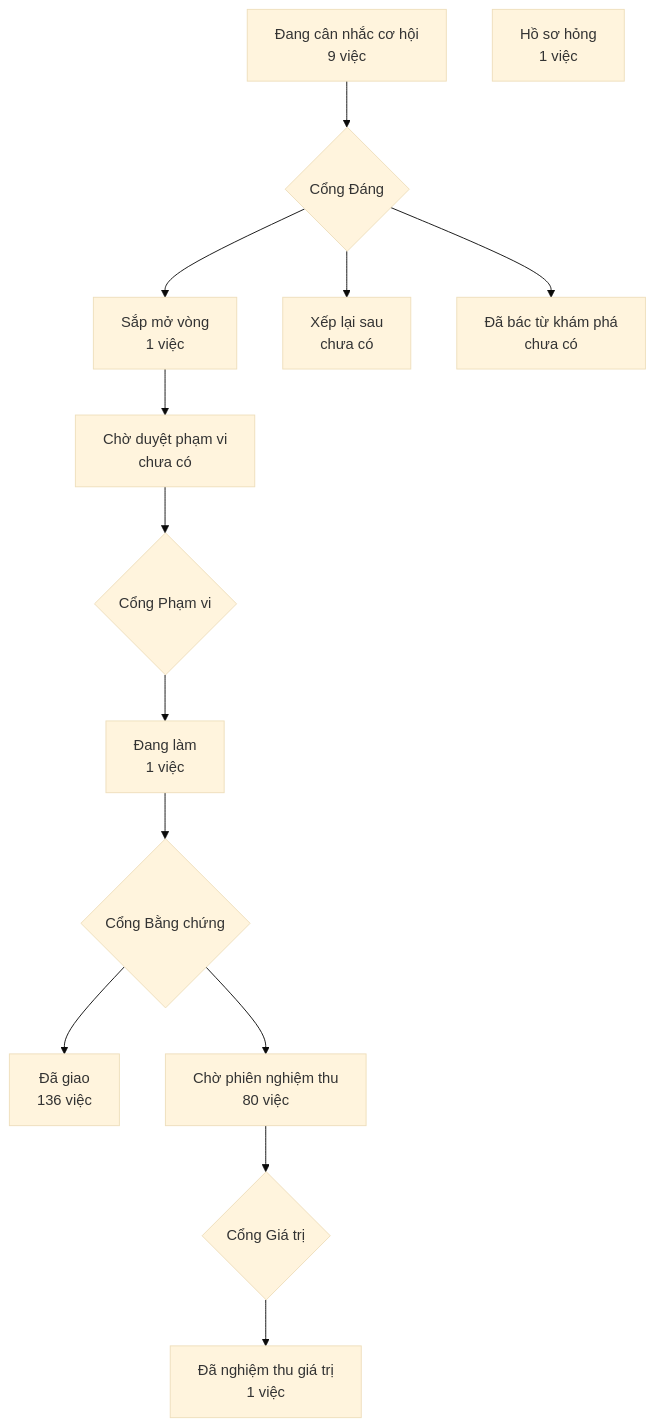
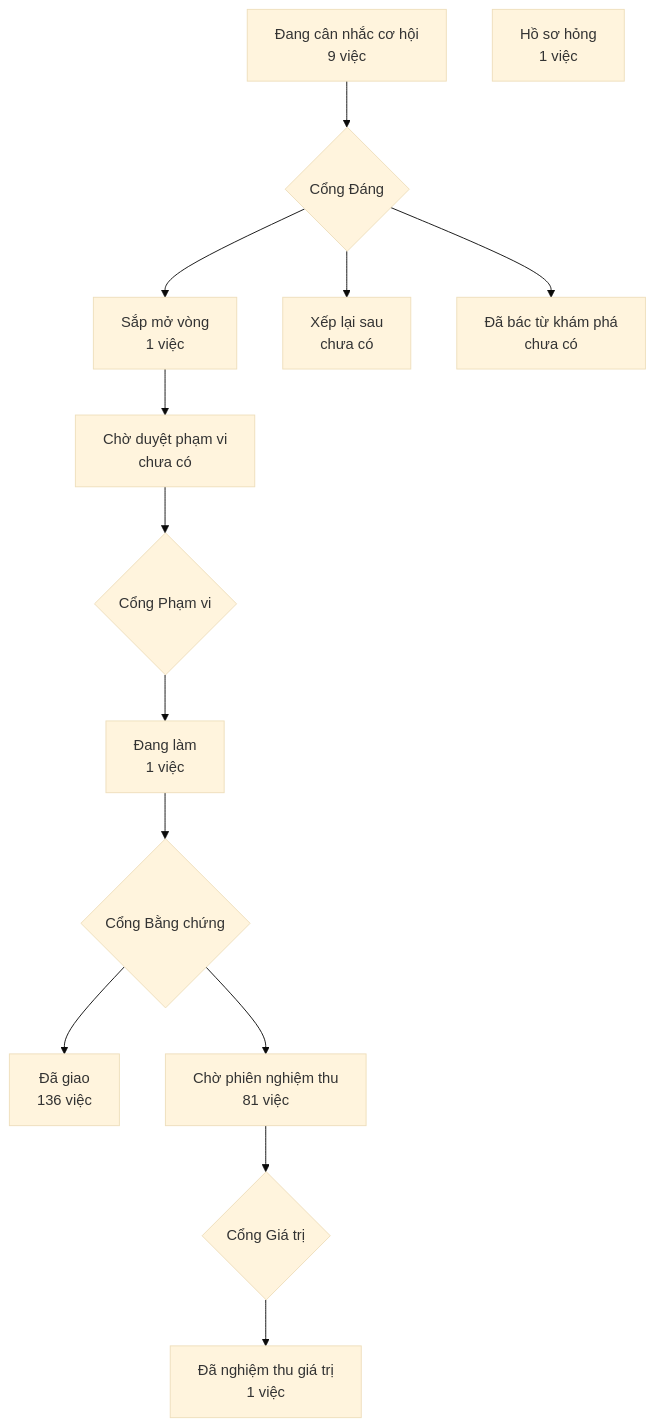
Before and after one commit to phanlemanh/crm-onehub: the diagram in PRODUCT-MAP.md, drawn with Mermaid (base theme). The commit also changed 1 other file, not shown here.

Commit message:
docs: vẽ lại bản đồ sản phẩm và lộ trình sau gộp onehub bb1421c3

````diff
--- a/PRODUCT-MAP.md
+++ b/PRODUCT-MAP.md
@@ -7,13 +7,13 @@
 ```mermaid
 flowchart TD
   A["Đang cân nhắc cơ hội<br/>9 việc"] --> GD{"Cổng Đáng"}
   GD --> B["Sắp mở vòng<br/>1 việc"]
   GD --> XL["Xếp lại sau<br/>chưa có"]
   GD --> DB["Đã bác từ khám phá<br/>chưa có"]
   B --> CD["Chờ duyệt phạm vi<br/>chưa có"] --> GP{"Cổng Phạm vi"}
   GP --> DL["Đang làm<br/>1 việc"] --> GB{"Cổng Bằng chứng"}
   GB --> DG["Đã giao<br/>136 việc"]
-  GB --> CN["Chờ phiên nghiệm thu<br/>80 việc"] --> GG{"Cổng Giá trị"}
+  GB --> CN["Chờ phiên nghiệm thu<br/>81 việc"] --> GG{"Cổng Giá trị"}
   GG --> NT["Đã nghiệm thu giá trị<br/>1 việc"]
   HS["Hồ sơ hỏng<br/>1 việc"]
 ```
````
